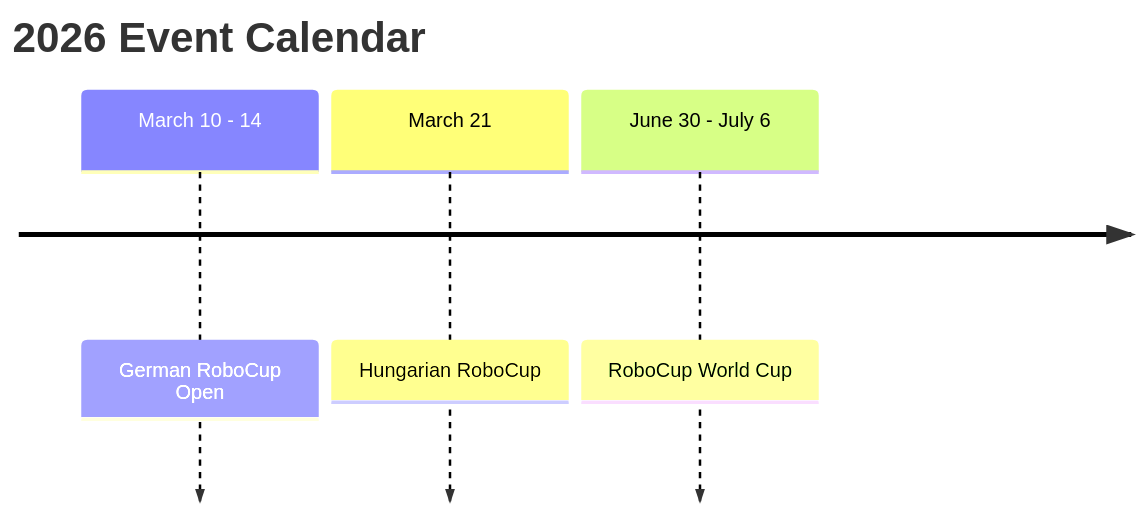
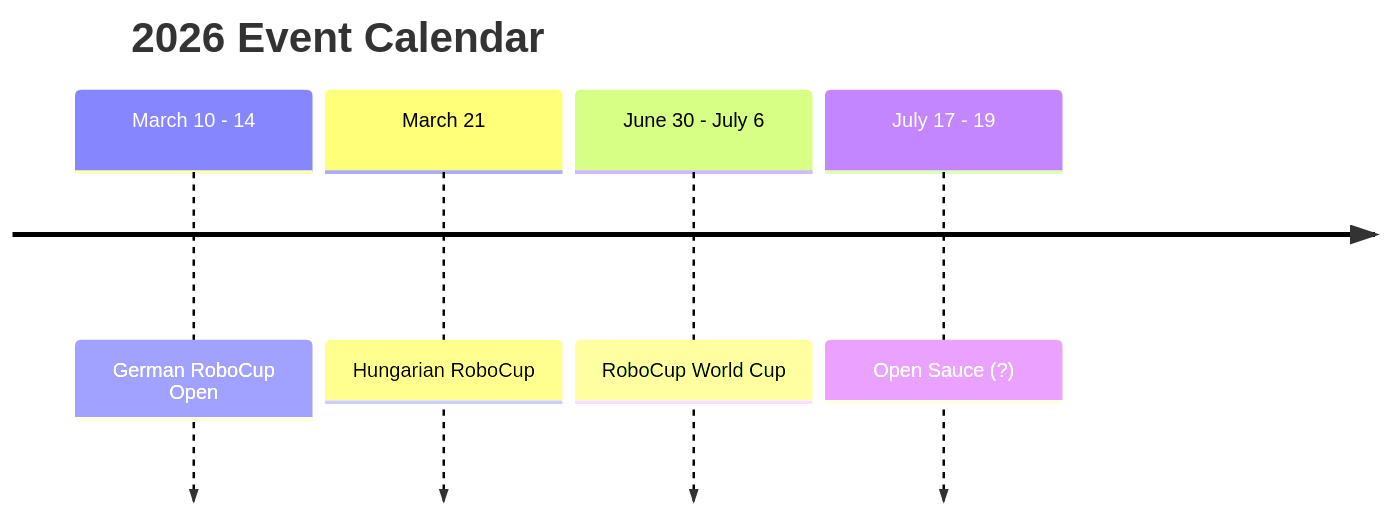
One commit to team-noon/.github changed the diagram in profile/README.md. Above: the diagram before and after it, drawn with Mermaid.

Commit message:
Add Open Sauce event to 2026 Event Calendar

````diff
--- a/profile/README.md
+++ b/profile/README.md
@@ -6,7 +6,8 @@
 ```mermaid
 timeline
     title 2026 Event Calendar
     March 10 - 14 : German RoboCup Open
     March 21 : Hungarian RoboCup
     June 30 - July 6 : RoboCup World Cup
+    July 17 - 19 : Open Sauce (?)
 ```
````
